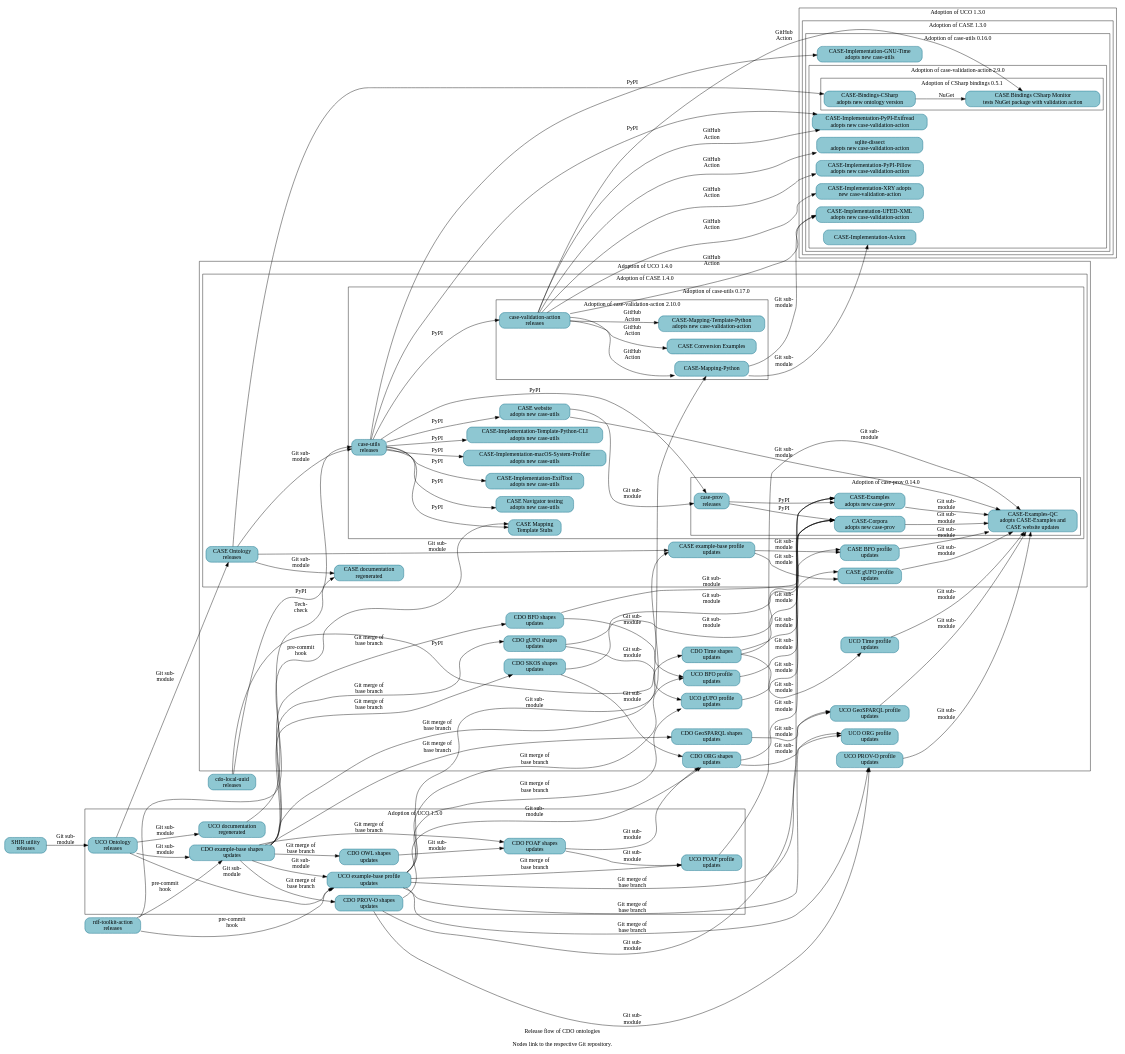
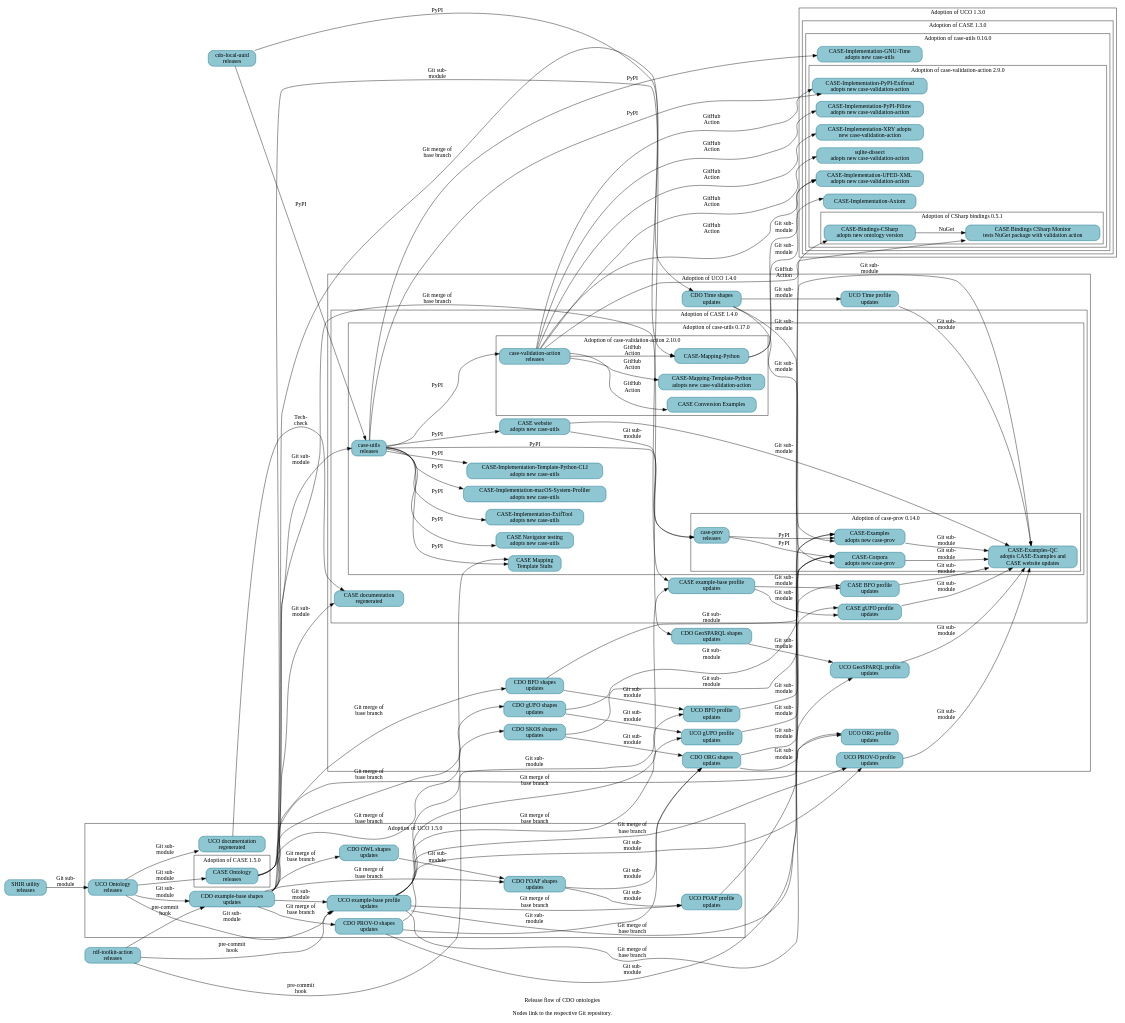
One commit to Cyber-Domain-Ontology/cdo.github.io changed the diagram in resources/project_release_flow.dot. Above: the diagram before and after it, drawn with Graphviz.

Commit message:
Add CASE 1.5.0 release
A follow-on patch will regenerate Make-managed files.

```diff
--- a/resources/project_release_flow.dot
+++ b/resources/project_release_flow.dot
@@ -58,7 +58,6 @@
     subgraph cluster_case_1_4_0 {
       label = "Adoption of CASE 1.4.0" ;
 
-      _GH__CASEWORK__CASE [URL="https://github.com/casework/CASE" label="CASE Ontology\nreleases"] ;
       _GH__CASEWORK__CASE_PROFILE_BFO [URL="https://github.com/casework/CASE-Profile-BFO" label="CASE BFO profile\nupdates"] ;
       _GH__CASEWORK__CASE_PROFILE_EXAMPLE [URL="https://github.com/casework/CASE-Profile-Example" label="CASE example-base profile\nupdates"] ;
       _GH__CASEWORK__CASE_PROFILE_GUFO [URL="https://github.com/casework/CASE-Profile-gufo" label="CASE gUFO profile\nupdates"] ;
@@ -107,6 +106,12 @@
     _GH__UCOPROJECT__UCO [URL="https://github.com/ucoProject/UCO" label="UCO Ontology\nreleases"] ;
     _GH__UCOPROJECT__UCO_PROFILE_EXAMPLE [URL="https://github.com/ucoProject/UCO-Profile-Example" label="UCO example-base profile\nupdates"] ;
     _GH__UCOPROJECT__UCO_PROFILE_FOAF [URL="https://github.com/ucoProject/UCO-Profile-FOAF" label="UCO FOAF profile\nupdates"] ;
+
+    subgraph cluster_case_1_5_0 {
+      label = "Adoption of CASE 1.5.0" ;
+
+      _GH__CASEWORK__CASE [URL="https://github.com/casework/CASE" label="CASE Ontology\nreleases"] ;
+    }
   }
 
   _GH__CASEWORK__CASE_UTILITY_SHACL_INHERITANCE_REVIEWER [URL="https://github.com/casework/CASE-Utility-SHACL-Inheritance-Reviewer" label="SHIR utility\nreleases"] ;
```
